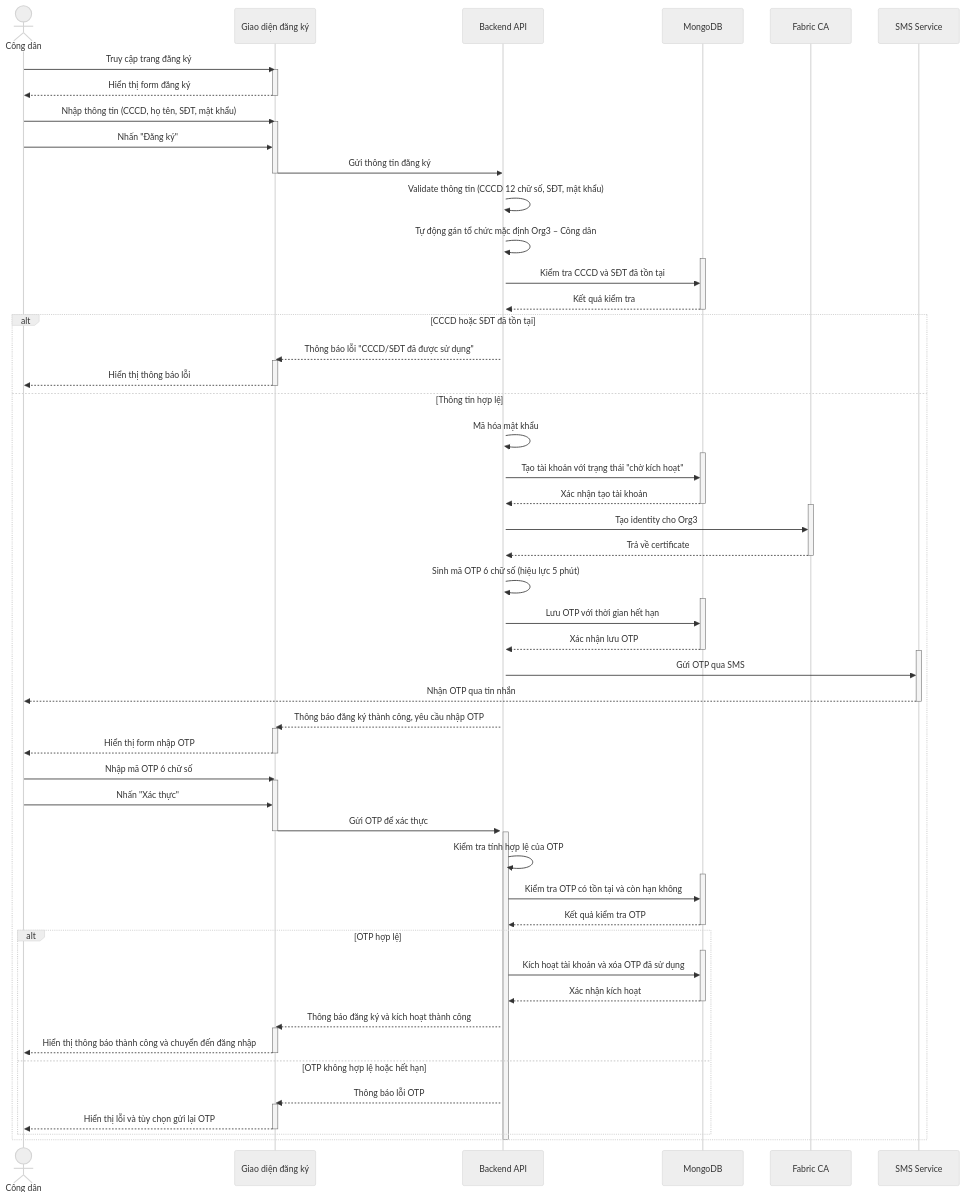
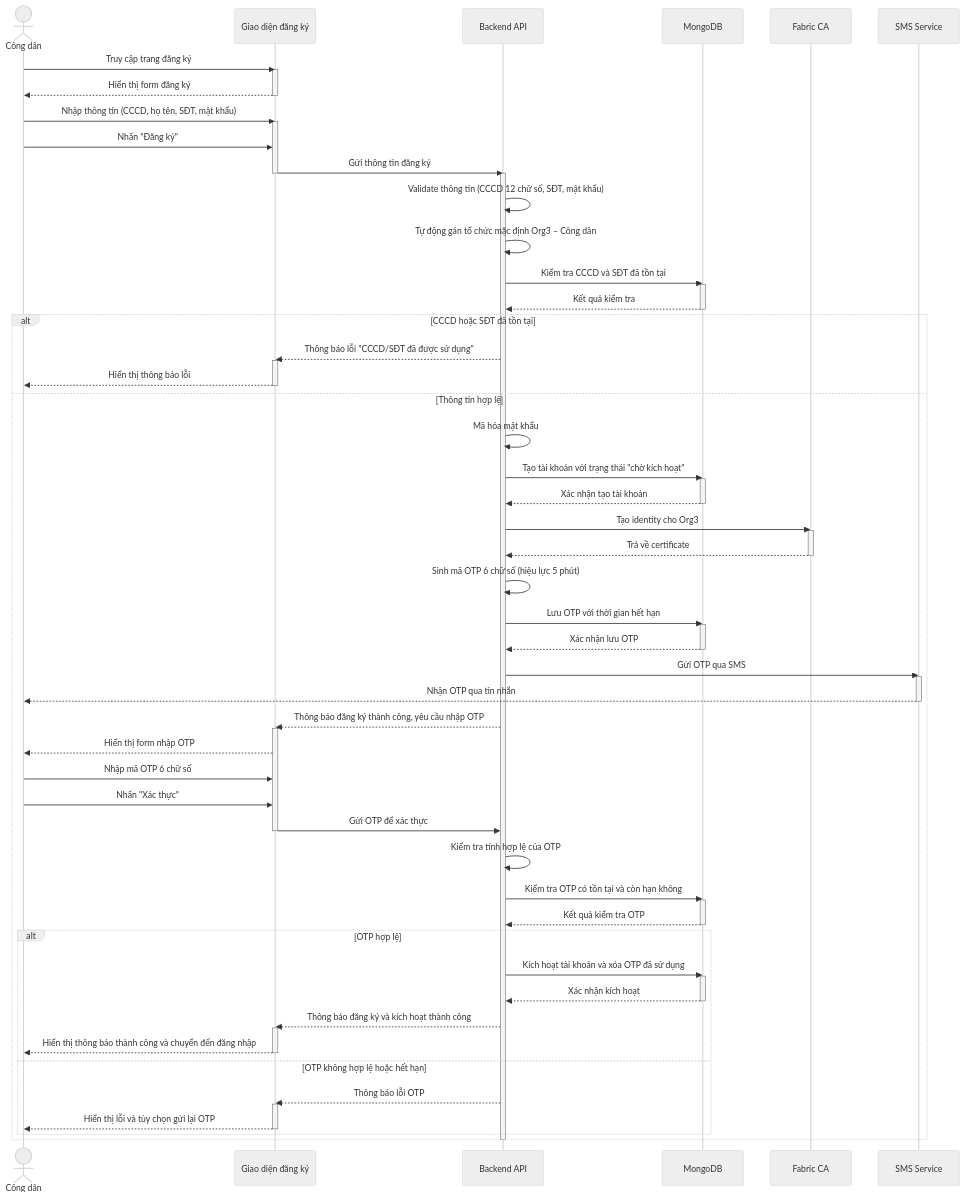
One commit to Thienpkae/DATN changed the first of 39 diagrams in Complete_Use_Case_Sequence_Diagrams.md. Above: the diagram before and after it, drawn with Mermaid (neutral theme). The commit also changed other lines of this file and 50 other files, not shown here.

```diff
--- a/Complete_Use_Case_Sequence_Diagrams.md
+++ b/Complete_Use_Case_Sequence_Diagrams.md
@@ -28,8 +28,8 @@
     activate UI
     UI -->> Citizen: Hiển thị form đăng ký
     deactivate UI
-
     Citizen ->> UI: Nhập thông tin (CCCD, họ tên, SĐT, mật khẩu)
+    
     activate UI
     Citizen ->> UI: Nhấn "Đăng ký"
     UI ->> API: Gửi thông tin đăng ký
@@ -38,9 +38,9 @@
     activate API
     API ->> API: Validate thông tin (CCCD 12 chữ số, SĐT, mật khẩu)
     API ->> API: Tự động gán tổ chức mặc định Org3 – Công dân
-
-    activate DB
     API ->> DB: Kiểm tra CCCD và SĐT đã tồn tại
+    
+    activate DB 
     DB -->> API: Kết quả kiểm tra
     deactivate DB
 
@@ -52,50 +52,48 @@
     else Thông tin hợp lệ
         API ->> API: Mã hóa mật khẩu
 
+        API ->> DB: Tạo tài khoản với trạng thái "chờ kích hoạt"
         activate DB
-        API ->> DB: Tạo tài khoản với trạng thái "chờ kích hoạt"
         DB -->> API: Xác nhận tạo tài khoản
         deactivate DB
 
+        API ->> CA: Tạo identity cho Org3
         activate CA
-        API ->> CA: Tạo identity cho Org3
         CA -->> API: Trả về certificate
         deactivate CA
 
         API ->> API: Sinh mã OTP 6 chữ số (hiệu lực 5 phút)
 
+        API ->> DB: Lưu OTP với thời gian hết hạn
         activate DB
-        API ->> DB: Lưu OTP với thời gian hết hạn
         DB -->> API: Xác nhận lưu OTP
         deactivate DB
 
+        API ->> SMS: Gửi OTP qua SMS
         activate SMS
-        API ->> SMS: Gửi OTP qua SMS
         SMS -->> Citizen: Nhận OTP qua tin nhắn
         deactivate SMS
 
         API -->> UI: Thông báo đăng ký thành công, yêu cầu nhập OTP
+              
         activate UI
         UI -->> Citizen: Hiển thị form nhập OTP
-        deactivate UI
 
         Citizen ->> UI: Nhập mã OTP 6 chữ số
-        activate UI
         Citizen ->> UI: Nhấn "Xác thực"
         UI ->> API: Gửi OTP để xác thực
         deactivate UI
 
-        activate API
         API ->> API: Kiểm tra tính hợp lệ của OTP
 
+        API ->> DB: Kiểm tra OTP có tồn tại và còn hạn không
         activate DB
-        API ->> DB: Kiểm tra OTP có tồn tại và còn hạn không
         DB -->> API: Kết quả kiểm tra OTP
         deactivate DB
 
         alt OTP hợp lệ
+            API ->> DB: Kích hoạt tài khoản và xóa OTP đã sử dụng
             activate DB
-            API ->> DB: Kích hoạt tài khoản và xóa OTP đã sử dụng
             DB -->> API: Xác nhận kích hoạt
             deactivate DB
 
```
